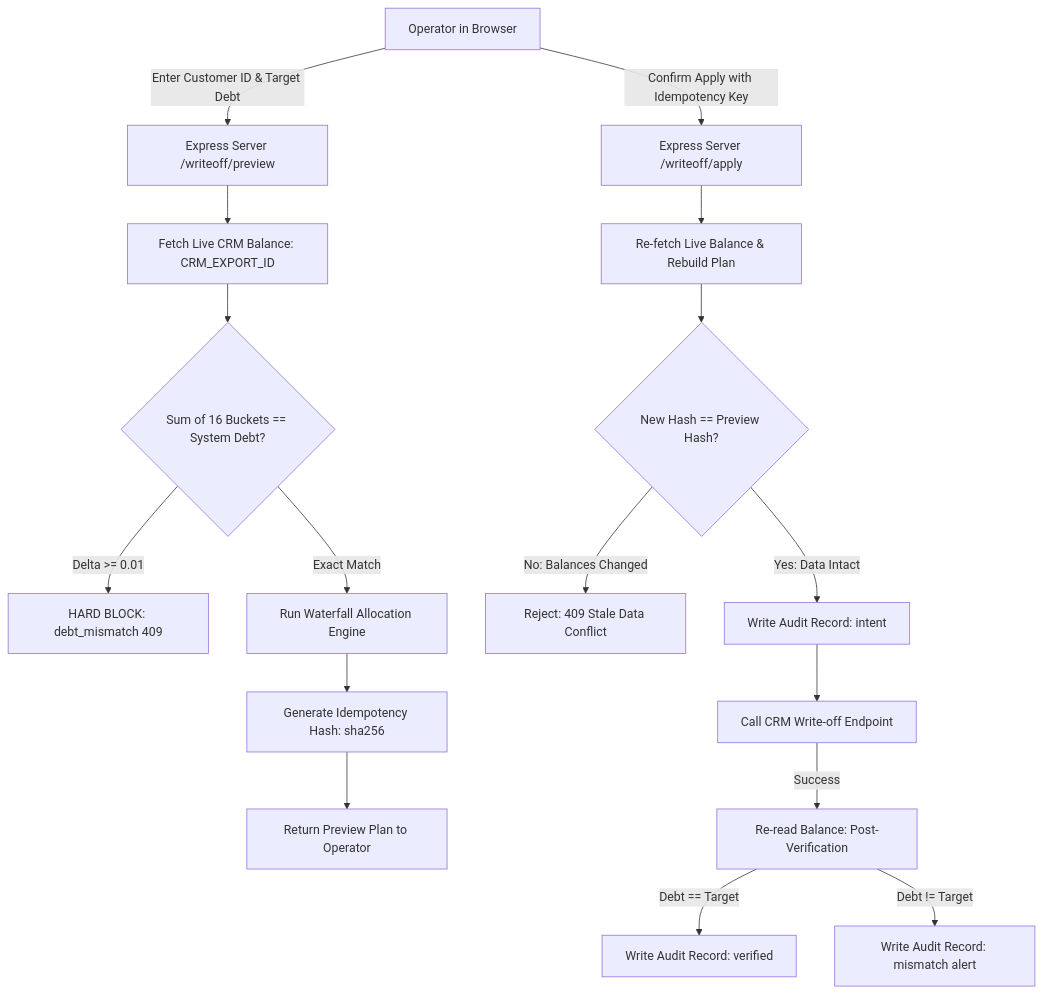
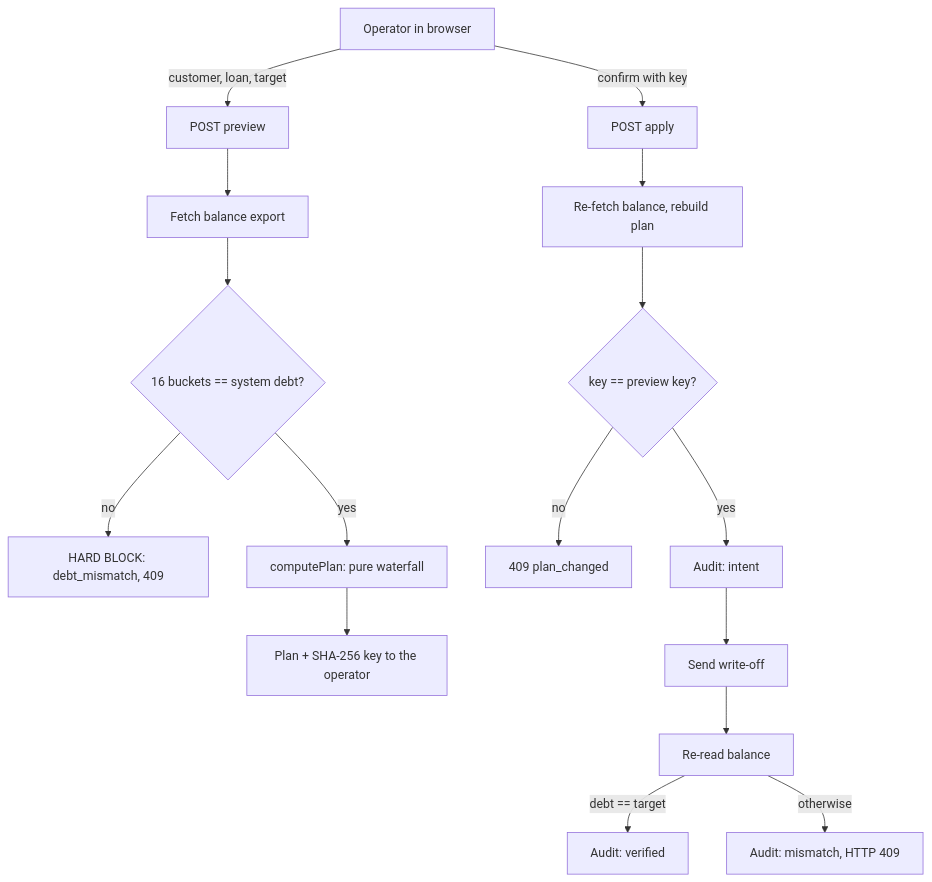
One commit to reiki-dev/debt-writeoff-engine changed the diagram in README.md. Above: the diagram before and after it, drawn with Mermaid. The commit also changed other lines of this file, not shown here.

````diff
--- a/README.md
+++ b/README.md
@@ -24,20 +114,19 @@
 ```mermaid
 flowchart TD
-    A[Operator in Browser] -->|Enter Customer ID & Target Debt| B[Express Server /writeoff/preview]
-    B --> C[Fetch Live CRM Balance: CRM_EXPORT_ID]
-    C --> D{Sum of 16 Buckets == System Debt?}
-    D -->|Delta >= 0.01| E[HARD BLOCK: debt_mismatch 409]
-    D -->|Exact Match| F[Run Waterfall Allocation Engine]
-    F --> G[Generate Idempotency Hash: sha256]
-    G --> H[Return Preview Plan to Operator]
-    
-    A -->|Confirm Apply with Idempotency Key| I[Express Server /writeoff/apply]
-    I --> J[Re-fetch Live Balance & Rebuild Plan]
-    J --> K{New Hash == Preview Hash?}
-    K -->|No: Balances Changed| L[Reject: 409 Stale Data Conflict]
-    K -->|Yes: Data Intact| M[Write Audit Record: intent]
-    M --> N[Call CRM Write-off Endpoint]
-    N -->|Success| O[Re-read Balance: Post-Verification]
-    O -->|Debt == Target| P[Write Audit Record: verified]
-    O -->|Debt != Target| Q[Write Audit Record: mismatch alert]
+    A[Operator in browser] -->|customer, loan, target| B[POST preview]
+    B --> C[Fetch balance export]
+    C --> D{16 buckets == system debt?}
+    D -->|no| E[HARD BLOCK: debt_mismatch, 409]
+    D -->|yes| F[computePlan: pure waterfall]
+    F --> G[Plan + SHA-256 key to the operator]
+
+    A -->|confirm with key| I[POST apply]
+    I --> J[Re-fetch balance, rebuild plan]
+    J --> K{key == preview key?}
+    K -->|no| L[409 plan_changed]
+    K -->|yes| M[Audit: intent]
+    M --> N[Send write-off]
+    N --> O[Re-read balance]
+    O -->|debt == target| P[Audit: verified]
+    O -->|otherwise| Q[Audit: mismatch, HTTP 409]
 ```
````
